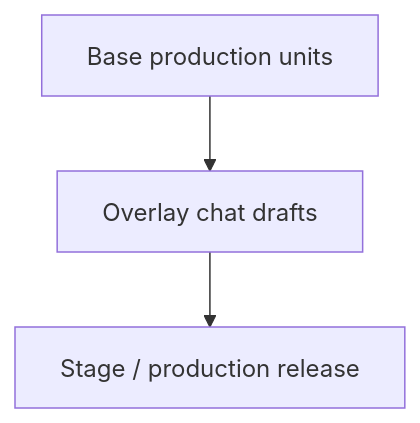
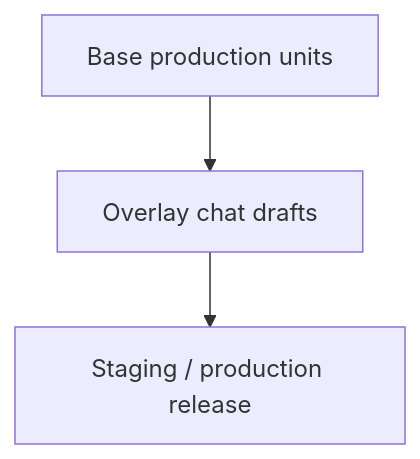
Before and after one commit to BaaSForge/baasforge-frontend-vite: the second of 3 diagrams in docs-site/app/platform/units/page.mdx, drawn with Mermaid. The commit also changed other lines of this file and 17 other files, not shown here.

````diff
--- a/docs-site/app/platform/units/page.mdx
+++ b/docs-site/app/platform/units/page.mdx
@@ -342,5 +342,5 @@
 ```mermaid
 flowchart TB
   Base[Base production units] --> Overlay[Overlay chat drafts]
-  Overlay --> Release[Stage / production release]
+  Overlay --> Release[Staging / production release]
 ```
````
